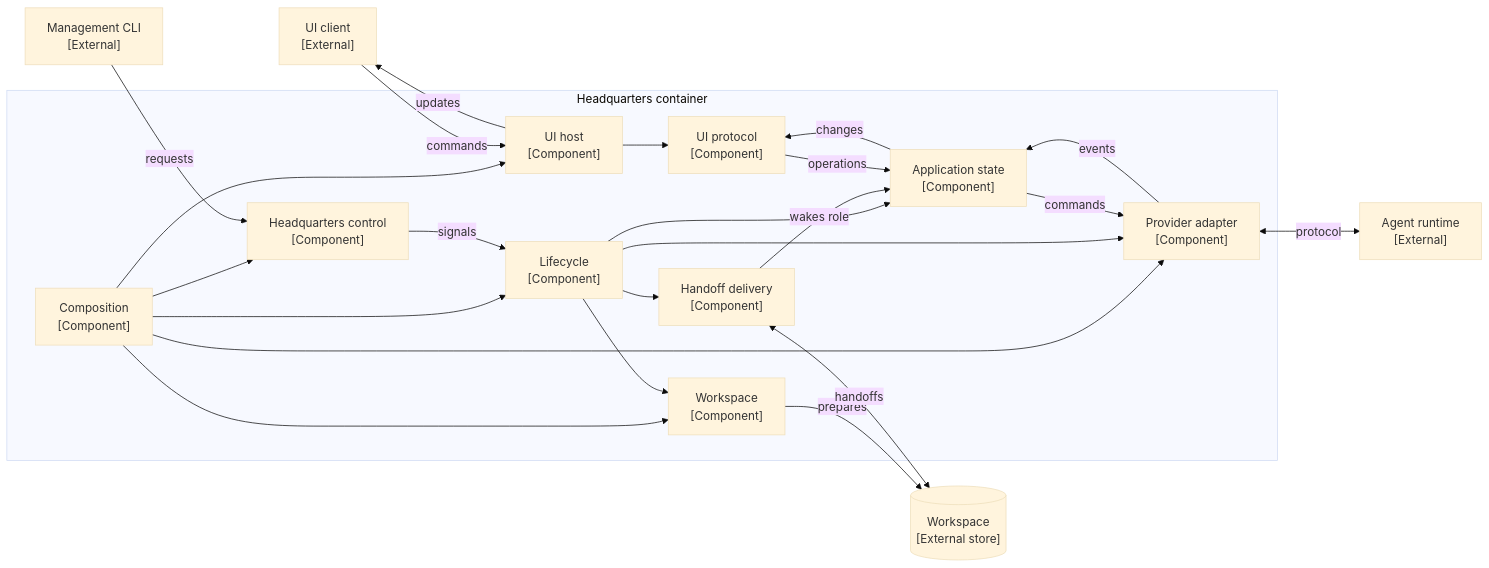
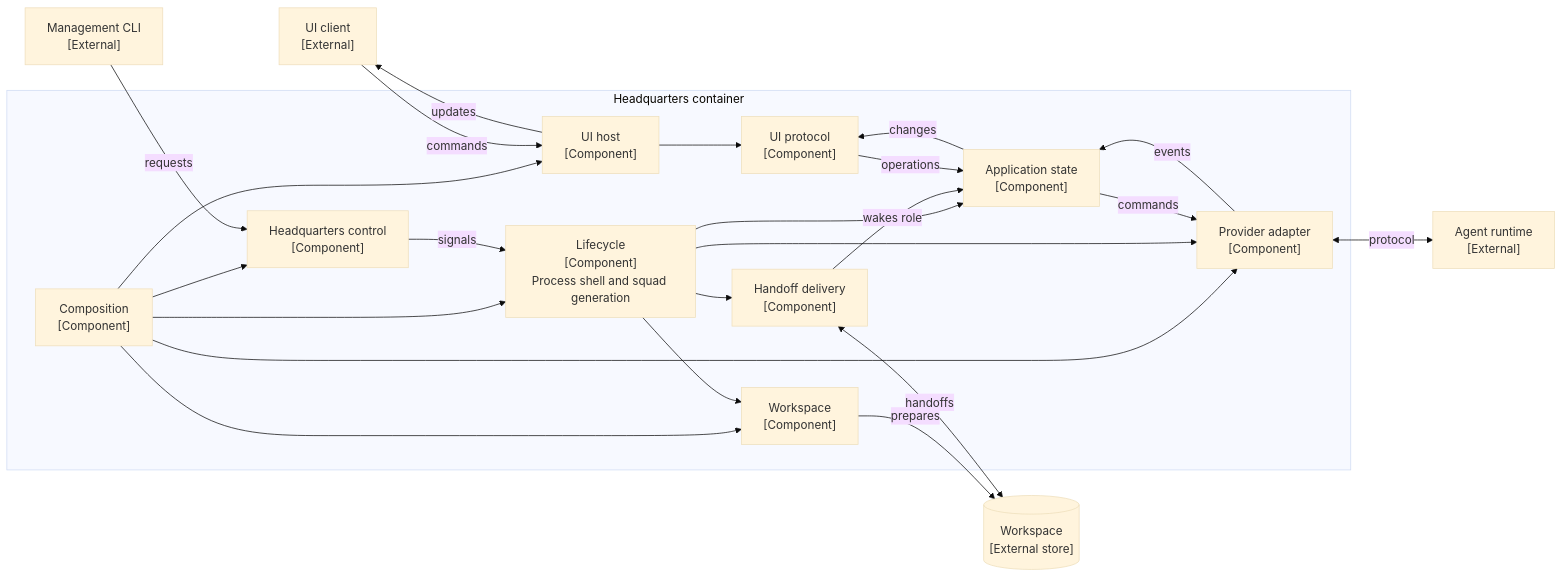
One commit to plainionist/BlaXquad changed the third of 5 diagrams in docs/manual/architecture.md. Above: the diagram before and after it, drawn with Mermaid (base theme). The commit also changed other lines of this file and 25 other files, not shown here.

````diff
--- a/docs/manual/architecture.md
+++ b/docs/manual/architecture.md
@@ -138,42 +138,42 @@
 ```mermaid
 flowchart LR
   uiClient["UI client<br/>[External]"]
   controlClient["Management CLI<br/>[External]"]
   workspace[("Workspace<br/>[External store]")]
   providerRuntime["Agent runtime<br/>[External]"]
 
     subgraph headquarters["Headquarters container"]
     composition["Composition<br/>[Component]"]
-    lifecycle["Lifecycle<br/>[Component]"]
+    lifecycle["Lifecycle<br/>[Component]<br/>Process shell and squad generation"]
     workspaceManager["Workspace<br/>[Component]"]
     control["Headquarters control<br/>[Component]"]
     application["Application state<br/>[Component]"]
     delivery["Handoff delivery<br/>[Component]"]
     uiProtocol["UI protocol<br/>[Component]"]
     uiHost["UI host<br/>[Component]"]
     providerAdapter["Provider adapter<br/>[Component]"]
     end
 
     composition --> lifecycle
     composition --> workspaceManager
     composition --> control
     composition --> uiHost
     composition --> providerAdapter
     lifecycle --> application
     lifecycle --> delivery
     lifecycle --> providerAdapter
     lifecycle --> workspaceManager
     workspaceManager -->|"prepares"| workspace
     delivery <-->|"handoffs"| workspace
     delivery -->|"wakes role"| application
     application -->|"commands"| providerAdapter
     providerAdapter -->|"events"| application
     providerAdapter <-->|"protocol"| providerRuntime
     uiHost --> uiProtocol
     uiClient -->|"commands"| uiHost
     uiHost -->|"updates"| uiClient
     uiProtocol -->|"operations"| application
     application -->|"changes"| uiProtocol
     controlClient -->|"requests"| control
     control -->|"signals"| lifecycle
 ```
````
